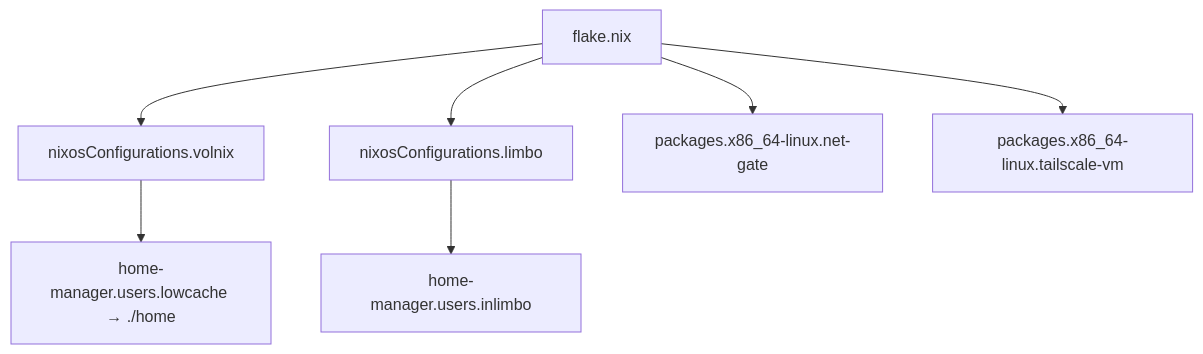
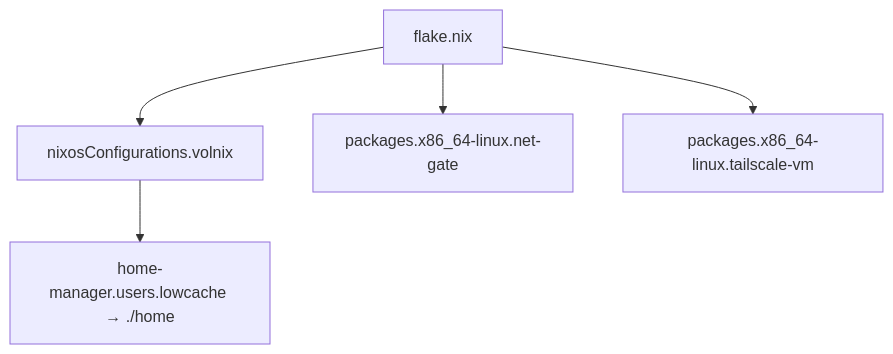
The diagram in docs/reference/flake.md (lowcache/infernalnixos), drawn with Mermaid before and after one commit. The commit also changed other lines of this file and 9 other files, not shown here.

````diff
--- a/docs/reference/flake.md
+++ b/docs/reference/flake.md
@@ -39,9 +39,7 @@
 ```mermaid
 graph TD
     F["flake.nix"] --> V["nixosConfigurations.volnix"]
-    F --> L["nixosConfigurations.limbo"]
     F --> NG["packages.x86_64-linux.net-gate"]
     F --> TS["packages.x86_64-linux.tailscale-vm"]
     V --> HM["home-manager.users.lowcache → ./home"]
-    L --> HM2["home-manager.users.inlimbo"]
 ```
````
